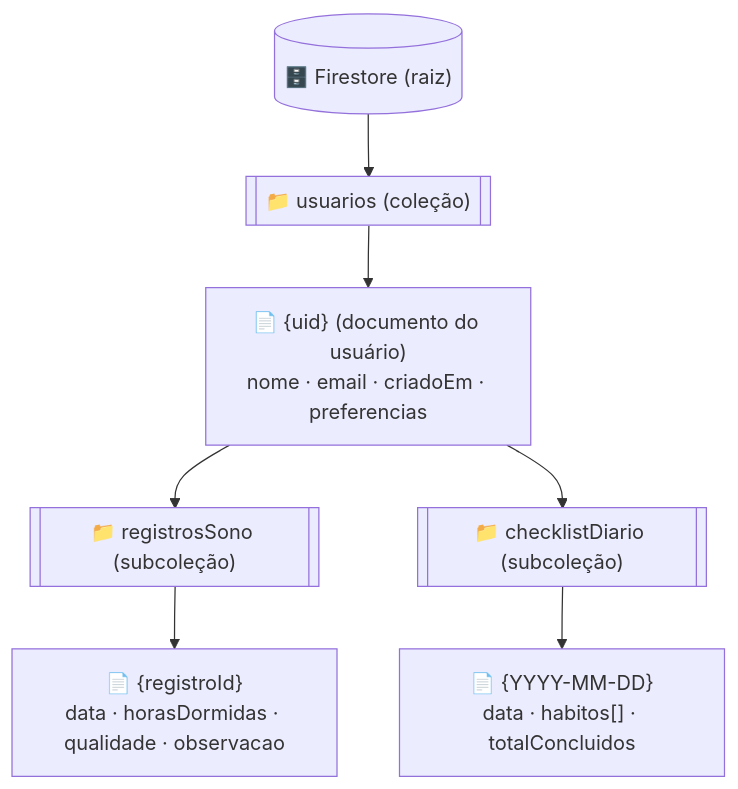
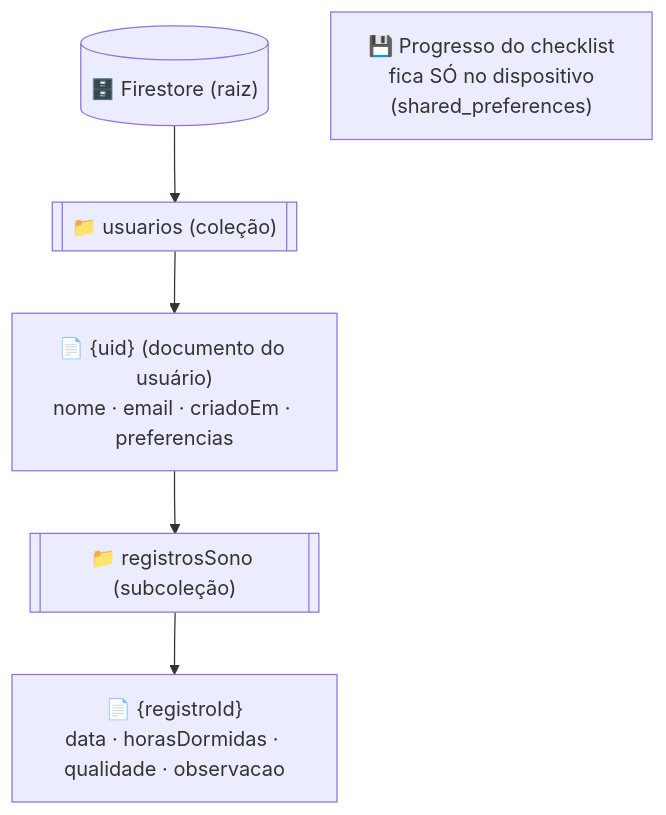
The first of 2 diagrams in docs/modelagem-banco-dados.md (juliacabrl/SonoLeve), drawn with Mermaid before and after one commit. The commit also changed other lines of this file and 4 other files, not shown here.

````diff
--- a/docs/modelagem-banco-dados.md
+++ b/docs/modelagem-banco-dados.md
@@ -15,10 +15,9 @@
 ```mermaid
 flowchart TB
     ROOT[("🗄️ Firestore (raiz)")]
     ROOT --> USERS[["📁 usuarios (coleção)"]]
     USERS --> UDOC["📄 {uid} (documento do usuário)<br/>nome · email · criadoEm · preferencias"]
     UDOC --> REG[["📁 registrosSono (subcoleção)"]]
-    UDOC --> CHK[["📁 checklistDiario (subcoleção)"]]
     REG --> RDOC["📄 {registroId}<br/>data · horasDormidas · qualidade · observacao"]
-    CHK --> CDOC["📄 {YYYY-MM-DD}<br/>data · habitos[] · totalConcluidos"]
+    LOC["💾 Progresso do checklist<br/>fica SÓ no dispositivo<br/>(shared_preferences)"]
 ```
````
